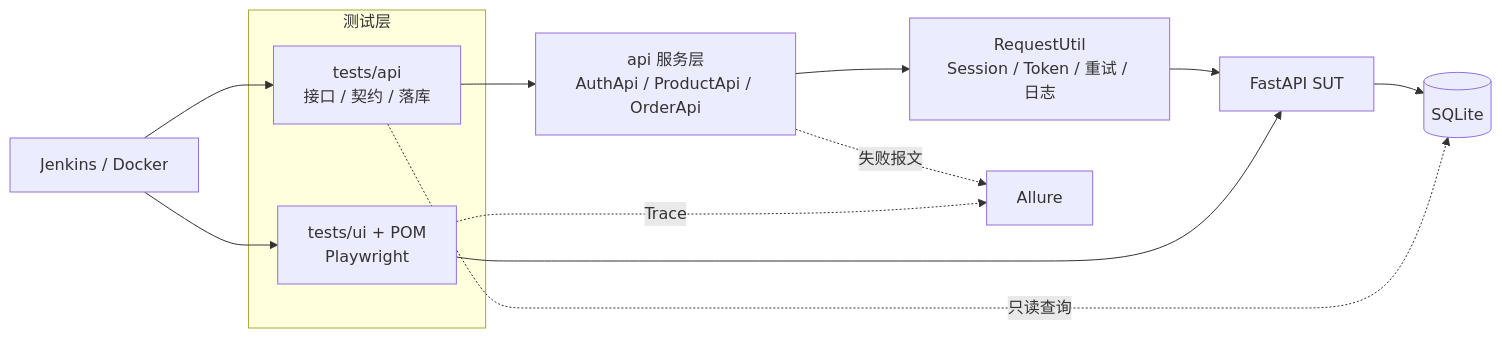
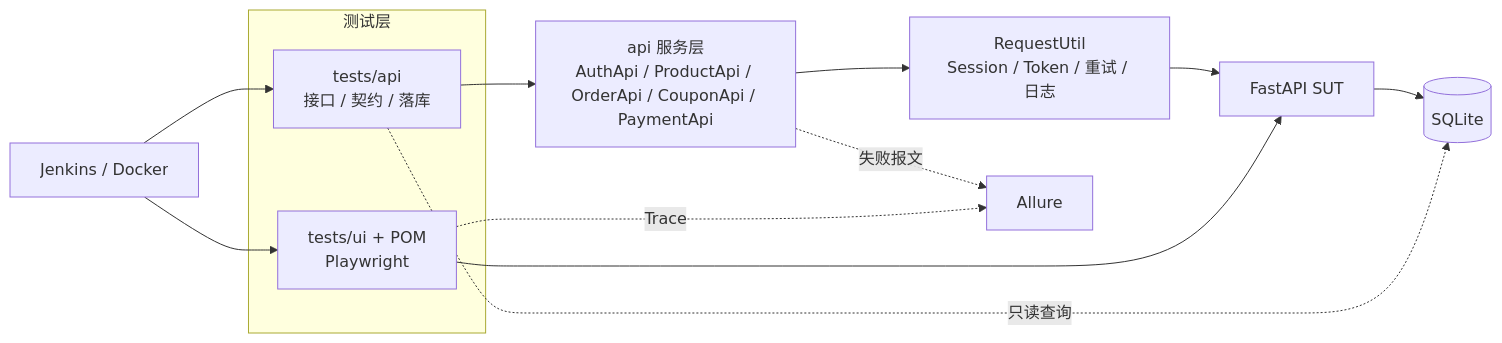
One commit to aireate/testforge changed the diagram in README.md. Above: the diagram before and after it, drawn with Mermaid. The commit also changed other lines of this file and 16 other files, not shown here.

````diff
--- a/README.md
+++ b/README.md
@@ -69,17 +71,17 @@
 ```mermaid
 flowchart LR
     subgraph Tests["测试层"]
         A["tests/api<br/>接口 / 契约 / 落库"]
         B["tests/ui + POM<br/>Playwright"]
     end
-    A --> C["api 服务层<br/>AuthApi / ProductApi / OrderApi"]
+        A --> C["api 服务层<br/>AuthApi / ProductApi / OrderApi / CouponApi / PaymentApi"]
     C --> D["RequestUtil<br/>Session / Token / 重试 / 日志"]
     D --> E["FastAPI SUT"]
     B --> E
     E --> F[("SQLite")]
     A -. 只读查询 .-> F
     C -. 失败报文 .-> G["Allure"]
     B -. Trace .-> G
     H["Jenkins / Docker"] --> A
     H --> B
 ```
````
